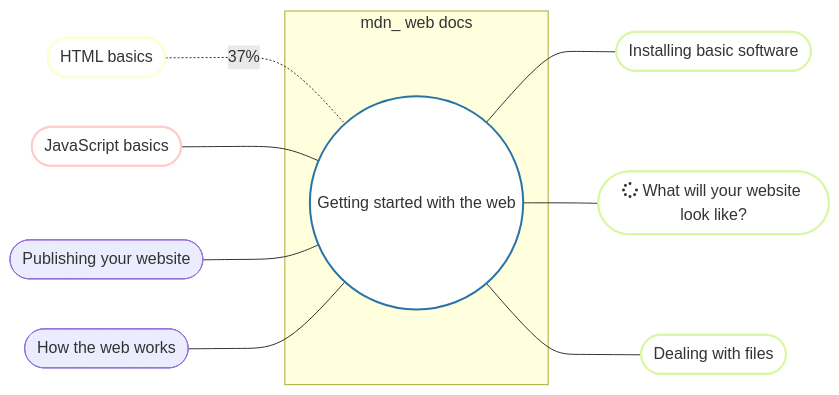
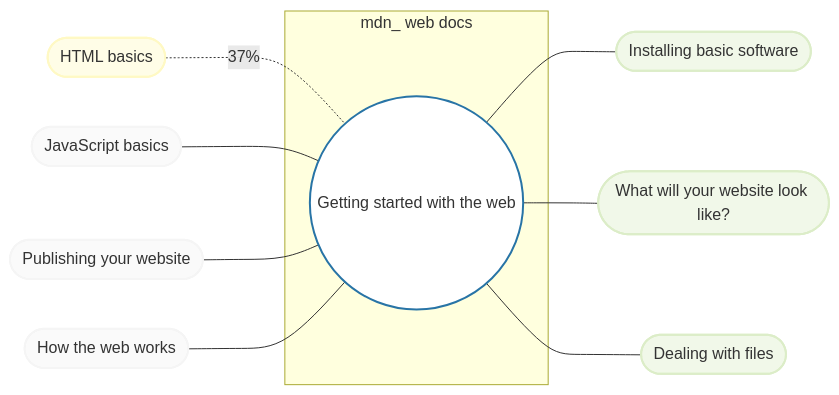
Before and after one commit to alexander-arkhipov/alexander-arkhipov: the diagram in README.md, drawn with Mermaid.

````diff
--- a/README.md
+++ b/README.md
@@ -1,23 +1,25 @@
 ```mermaid
 
     flowchart LR;
     
     subgraph mdn_ web docs
         id1((Getting started with the web))
         end
         id1 --- id2([ Installing basic software])
-        id1 --- id3([fa:fa-spinner What will your website look like?])
+        id1 --- id3([What will your website look like?])
         id1 --- id4([Dealing with files])
         id5([HTML basics]) -. 37% .- id1
         id6([JavaScript basics]) --- id1
         id7([Publishing your website]) --- id1
         id8([How the web works]) --- id1
         
         style id1 fill:#FFFFFF, stroke:#2874A6,stroke-width:2px
-        style id2 fill:#FFFFFF, stroke:#DAF7A6,stroke-width:2px
-        style id3 fill:#FFFFFF, stroke:#DAF7A6,stroke-width:2px
-        style id4 fill:#FFFFFF, stroke:#DAF7A6,stroke-width:2px
-        style id5 fill:#FFFFFF, stroke:#FFFFCC,stroke-width:2px
-        style id6 fill:#FFFFFF, stroke:#FFCCCC,stroke-width:2px
+        style id2 fill:#F1F8E9, stroke:#DCEDC8,stroke-width:2px
+        style id3 fill:#F1F8E9, stroke:#DCEDC8,stroke-width:2px
+        style id4 fill:#F1F8E9, stroke:#DCEDC8,stroke-width:2px
+        style id5 fill:#FFFDE7, stroke:#FFF9C4,stroke-width:2px
+        style id6 fill:#FAFAFA, stroke:#F5F5F5,stroke-width:2px
+        style id7 fill:#FAFAFA, stroke:#F5F5F5,stroke-width:2px
+        style id8 fill:#FAFAFA, stroke:#F5F5F5,stroke-width:2px
         
 ```
````
